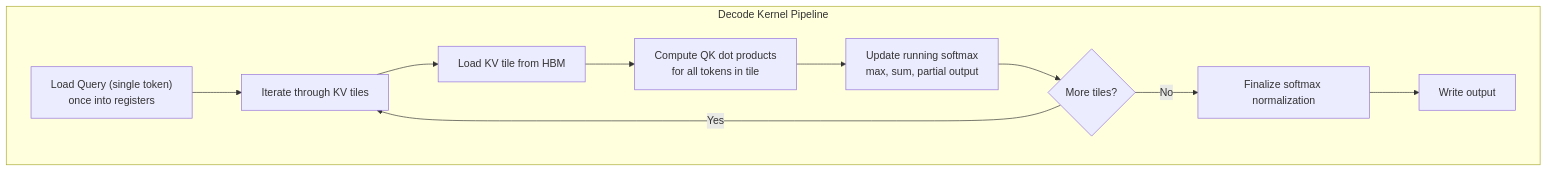
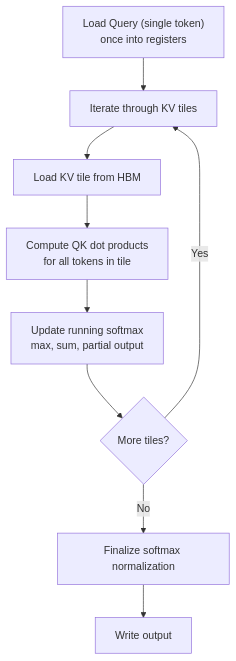
Before and after one commit to Shahriarin2garden/vllm_from_scratch: diagram 19 of 37 in lab0.2/README.md, drawn with Mermaid. The commit also changed other lines of this file, not shown here.

Commit message:
Refactor diagrams in README.md for improved clarity and consistency

````diff
--- a/lab0.2/README.md
+++ b/lab0.2/README.md
@@ -695,14 +622,11 @@
 ```mermaid
 graph TD
-    subgraph "Decode Kernel Pipeline"
-        Q["Load Query (single token)<br/>once into registers"]
-        Q --> Loop["Iterate through KV tiles"]
-        Loop --> Load["Load KV tile from HBM"]
-        Load --> Compute["Compute QK dot products<br/>for all tokens in tile"]
-        Compute --> Update["Update running softmax<br/>max, sum, partial output"]
-        Update --> Check{"More tiles?"}
-        Check -->|Yes| Loop
-        Check -->|No| Final["Finalize softmax normalization"]
-        Final --> Write["Write output"]
-    end
+    Q["Load Query (single token)<br/>once into registers"] --> Loop[Iterate through KV tiles]
+    Loop --> Load[Load KV tile from HBM]
+    Load --> Compute["Compute QK dot products<br/>for all tokens in tile"]
+    Compute --> Update["Update running softmax<br/>max, sum, partial output"]
+    Update --> Check{More tiles?}
+    Check -->|Yes| Loop
+    Check -->|No| Final[Finalize softmax normalization]
+    Final --> Write[Write output]
 ```
````
